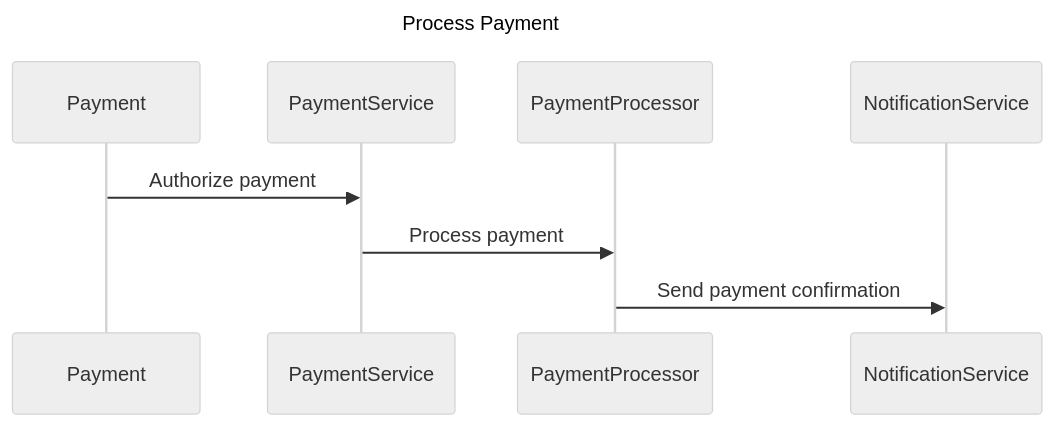
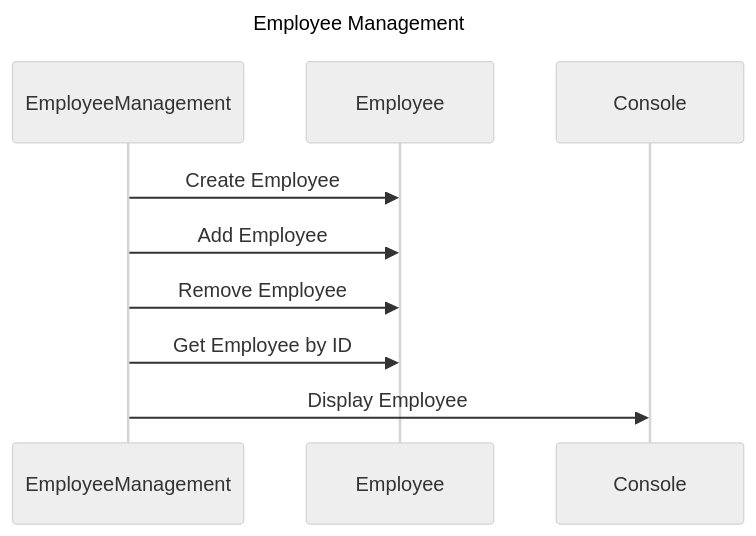
Before and after one commit to RichardHightower/docgen: the sixth of 10 diagrams in src/main/templates/methods/example.md, drawn with Mermaid (neutral theme). The commit also changed other lines of this file and 14 other files, not shown here.

````diff
--- a/src/main/templates/methods/example.md
+++ b/src/main/templates/methods/example.md
@@ -269,14 +501,17 @@
 ```mermaid
 ---
-title: Process Payment
+title: Employee Management
 ---
 sequenceDiagram
-    participant Payment
-    participant PaymentService
-    participant PaymentProcessor
-    participant NotificationService
-    
-    Payment->>PaymentService: Authorize payment
-    PaymentService->>PaymentProcessor: Process payment
-    PaymentProcessor->>NotificationService: Send payment confirmation
+
+
+    participant EmployeeManagement
+    participant Employee
+    participant Console
+
+    EmployeeManagement->>Employee: Create Employee
+    EmployeeManagement->>Employee: Add Employee
+    EmployeeManagement->>Employee: Remove Employee
+    EmployeeManagement->>Employee: Get Employee by ID
+    EmployeeManagement->>Console: Display Employee
 ```
````
